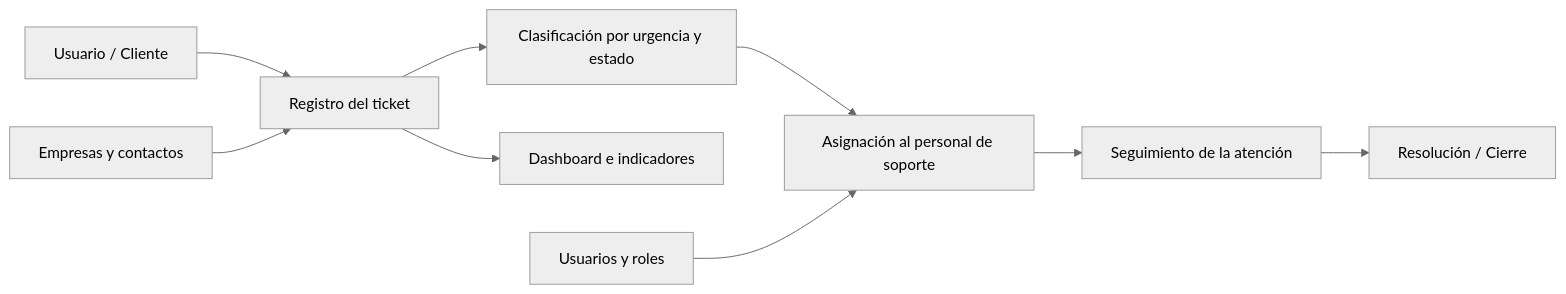
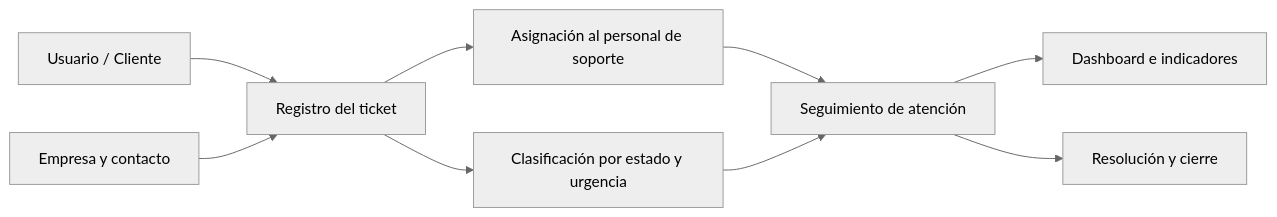
The diagram in README.md (JsilvaPro90/ticketera-helpdesk), drawn with Mermaid (neutral theme) before and after one commit. The commit also changed other lines of this file, not shown here.

````diff
--- a/README.md
+++ b/README.md
@@ -31,11 +46,11 @@
 ```mermaid
 flowchart LR
     A[Usuario / Cliente] --> B[Registro del ticket]
-    B --> C[Clasificación por urgencia y estado]
-    C --> D[Asignación al personal de soporte]
-    D --> E[Seguimiento de la atención]
-    E --> F[Resolución / Cierre]
-    B --> G[Dashboard e indicadores]
-    H[Empresas y contactos] --> B
-    I[Usuarios y roles] --> D
+    C[Empresa y contacto] --> B
+    B --> D[Clasificación por estado y urgencia]
+    B --> E[Asignación al personal de soporte]
+    E --> F[Seguimiento de atención]
+    D --> F
+    F --> G[Dashboard e indicadores]
+    F --> H[Resolución y cierre]
 ```
````
